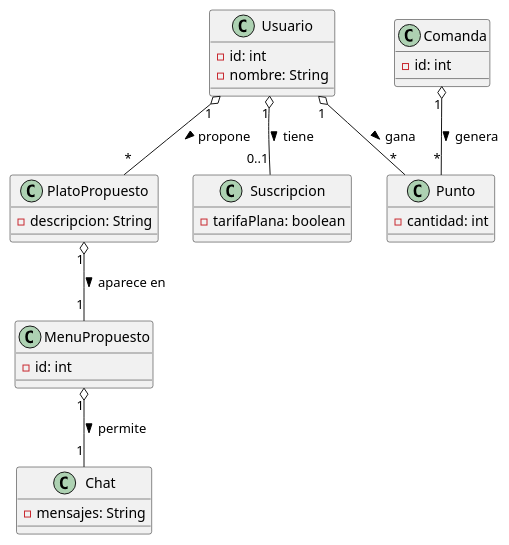
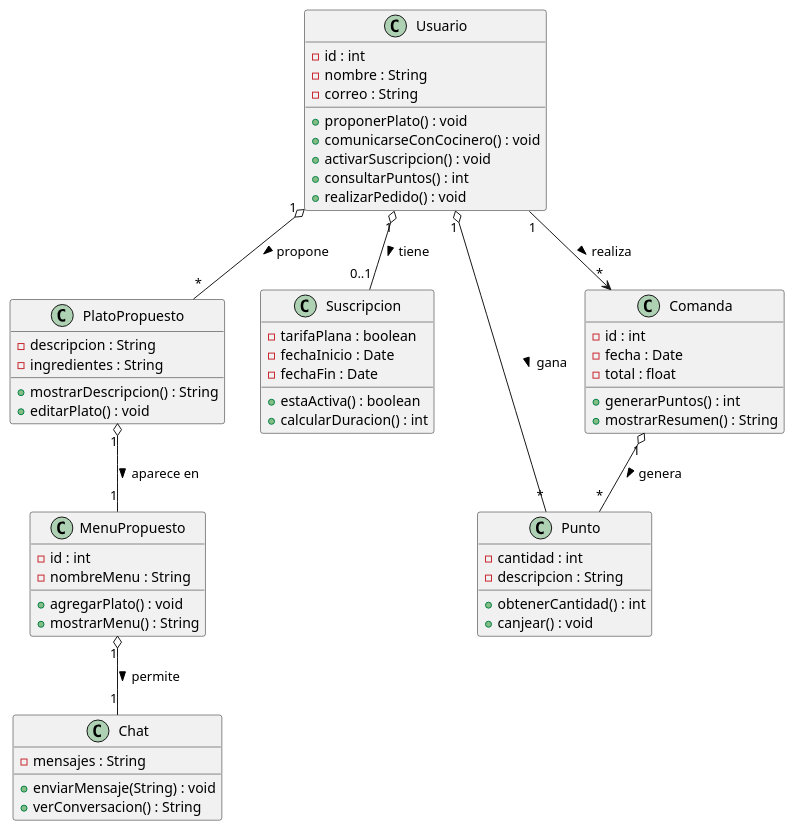
Before and after one commit to dabien3/ES25UAB-511-05: the diagram in documents/Diagrama Clases/CodeUML/bloq6.pUML, drawn with PlantUML.

```diff
--- a/documents/Diagrama Clases/CodeUML/bloq6.pUML
+++ b/documents/Diagrama Clases/CodeUML/bloq6.pUML
@@ -1,39 +1,65 @@
 @startuml
 
 class Usuario {
-  - id: int
-  - nombre: String
+  - id : int
+  - nombre : String
+  - correo : String
+  + proponerPlato() : void
+  + comunicarseConCocinero() : void
+  + activarSuscripcion() : void
+  + consultarPuntos() : int
+  + realizarPedido() : void
 }
 
 class PlatoPropuesto {
-  - descripcion: String
+  - descripcion : String
+  - ingredientes : String
+  + mostrarDescripcion() : String
+  + editarPlato() : void
 }
 
 class MenuPropuesto {
-  - id: int
+  - id : int
+  - nombreMenu : String
+  + agregarPlato() : void
+  + mostrarMenu() : String
 }
 
 class Chat {
-  - mensajes: String
+  - mensajes : String
+  + enviarMensaje(String) : void
+  + verConversacion() : String
 }
 
 class Suscripcion {
-  - tarifaPlana: boolean
+  - tarifaPlana : boolean
+  - fechaInicio : Date
+  - fechaFin : Date
+  + estaActiva() : boolean
+  + calcularDuracion() : int
 }
 
 class Punto {
-  - cantidad: int
+  - cantidad : int
+  - descripcion : String
+  + obtenerCantidad() : int
+  + canjear() : void
 }
 
 class Comanda {
-  - id: int
+  - id : int
+  - fecha : Date
+  - total : float
+  + generarPuntos() : int
+  + mostrarResumen() : String
 }
 
 Usuario "1" o-- "*" PlatoPropuesto : propone >
 PlatoPropuesto "1" o-- "1" MenuPropuesto : aparece en >
 MenuPropuesto "1" o-- "1" Chat : permite >
 Usuario "1" o-- "0..1" Suscripcion : tiene >
 Usuario "1" o-- "*" Punto : gana >
 Comanda "1" o-- "*" Punto : genera >
+Usuario "1" --> "*" Comanda : realiza >
 
 @enduml
```
